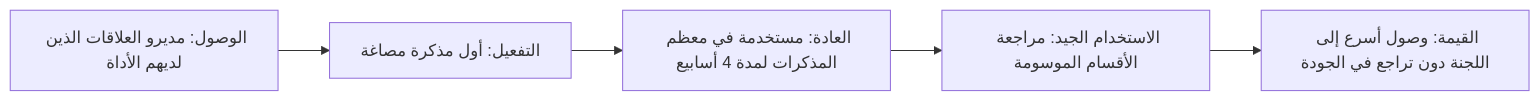
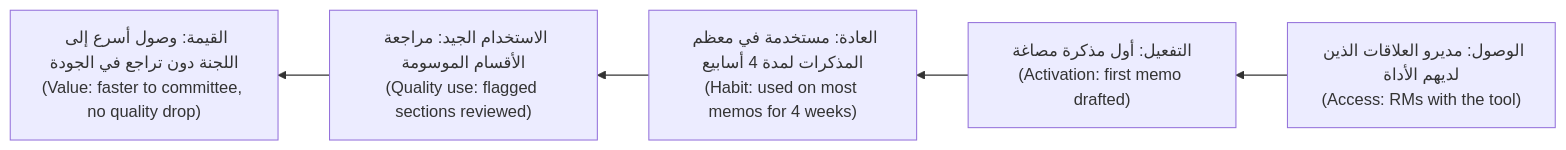
The third of 3 diagrams in aipm/modules/07-launch.ar.md (Tamoura/system-design-for-vibe-coders), drawn with Mermaid before and after one commit. The commit also changed other lines of this file and 9 other files, not shown here.

First line of the commit message:
AI PM course (AR): right-to-left diagrams with English labels

````diff
--- a/aipm/modules/07-launch.ar.md
+++ b/aipm/modules/07-launch.ar.md
@@ -514,7 +514,7 @@
 ```mermaid
-flowchart LR
-    A["الوصول: مديرو العلاقات الذين لديهم الأداة"] --> B["التفعيل: أول مذكرة مصاغة"]
-    B --> C["العادة: مستخدمة في معظم المذكرات لمدة 4 أسابيع"]
-    C --> D["الاستخدام الجيد: مراجعة الأقسام الموسومة"]
-    D --> E["القيمة: وصول أسرع إلى اللجنة دون تراجع في الجودة"]
+flowchart RL
+    A["الوصول: مديرو العلاقات الذين لديهم الأداة<br/>(Access: RMs with the tool)"] --> B["التفعيل: أول مذكرة مصاغة<br/>(Activation: first memo drafted)"]
+    B --> C["العادة: مستخدمة في معظم المذكرات لمدة 4 أسابيع<br/>(Habit: used on most memos for 4 weeks)"]
+    C --> D["الاستخدام الجيد: مراجعة الأقسام الموسومة<br/>(Quality use: flagged sections reviewed)"]
+    D --> E["القيمة: وصول أسرع إلى اللجنة دون تراجع في الجودة<br/>(Value: faster to committee, no quality drop)"]
 ```
````
